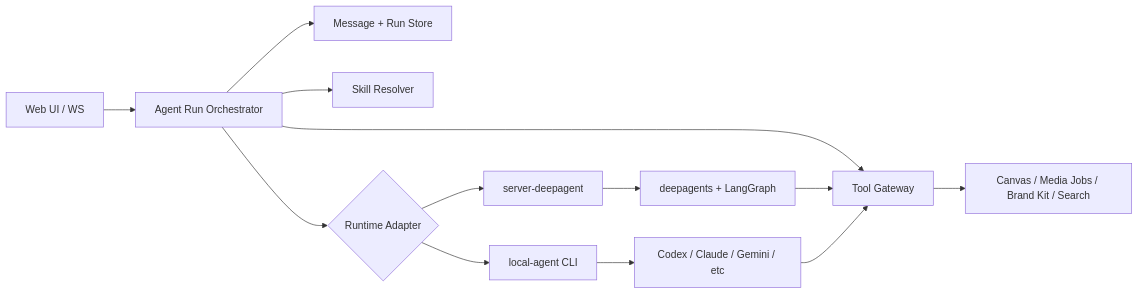
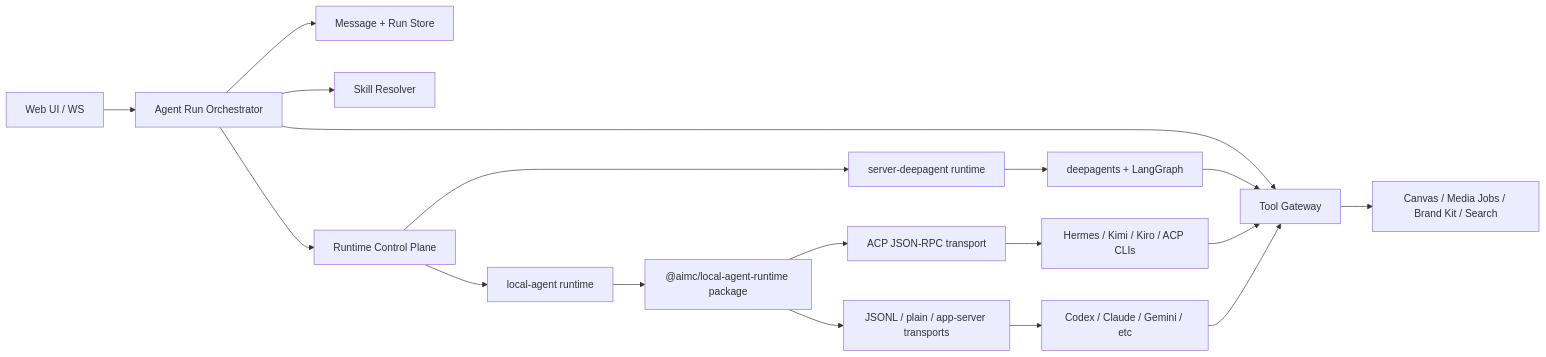
One commit to tutti-os/ai-media-canvas changed the diagram in docs/2026-06-03-agent-runtime-local-agent-design.zh-CN.md. Above: the diagram before and after it, drawn with Mermaid. The commit also changed other lines of this file and 42 other files, not shown here.

Commit message:
feat: refine local agent runtime and settings flows

````diff
--- a/docs/2026-06-03-agent-runtime-local-agent-design.zh-CN.md
+++ b/docs/2026-06-03-agent-runtime-local-agent-design.zh-CN.md
@@ -199,15 +205,20 @@
 ```mermaid
 flowchart LR
   UI["Web UI / WS"] --> ORCH["Agent Run Orchestrator"]
   ORCH --> MSG["Message + Run Store"]
   ORCH --> SKILL["Skill Resolver"]
   ORCH --> TOOL["Tool Gateway"]
-  ORCH --> ADAPTER{"Runtime Adapter"}
-  ADAPTER --> DA["server-deepagent"]
-  ADAPTER --> LA["local-agent CLI"]
+  ORCH --> CP["Runtime Control Plane"]
+  CP --> DA["server-deepagent runtime"]
+  CP --> LA["local-agent runtime"]
+  LA --> PKG["@aimc/local-agent-runtime package"]
+  PKG --> ACP["ACP JSON-RPC transport"]
+  PKG --> CLIJ["JSONL / plain / app-server transports"]
   DA --> DG["deepagents + LangGraph"]
-  LA --> CLI["Codex / Claude / Gemini / etc"]
+  ACP --> CLI["Hermes / Kimi / Kiro / ACP CLIs"]
+  CLIJ --> CLI2["Codex / Claude / Gemini / etc"]
   DG --> TOOL
   CLI --> TOOL
+  CLI2 --> TOOL
   TOOL --> BIZ["Canvas / Media Jobs / Brand Kit / Search"]
 ```
````
